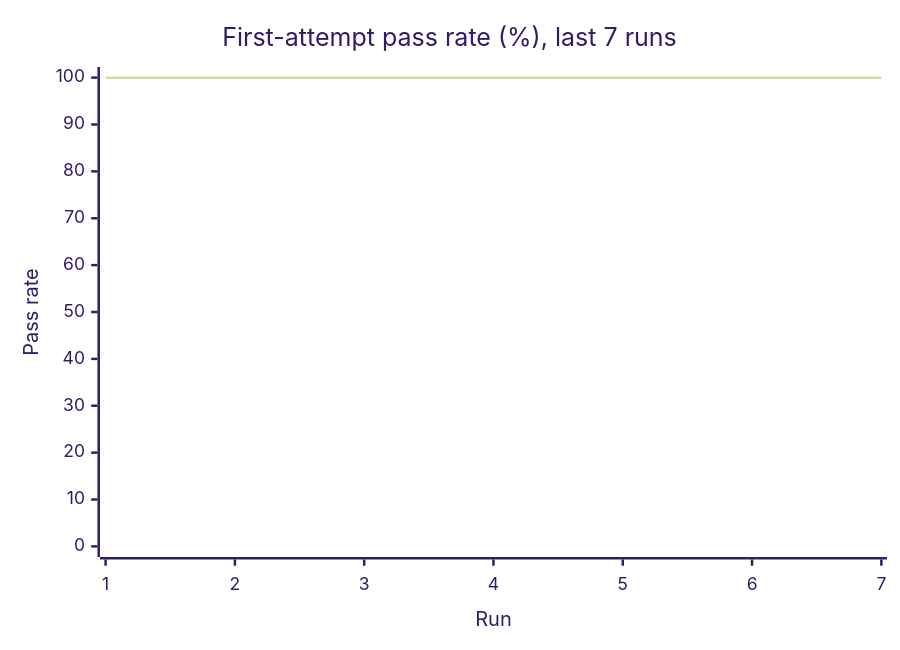
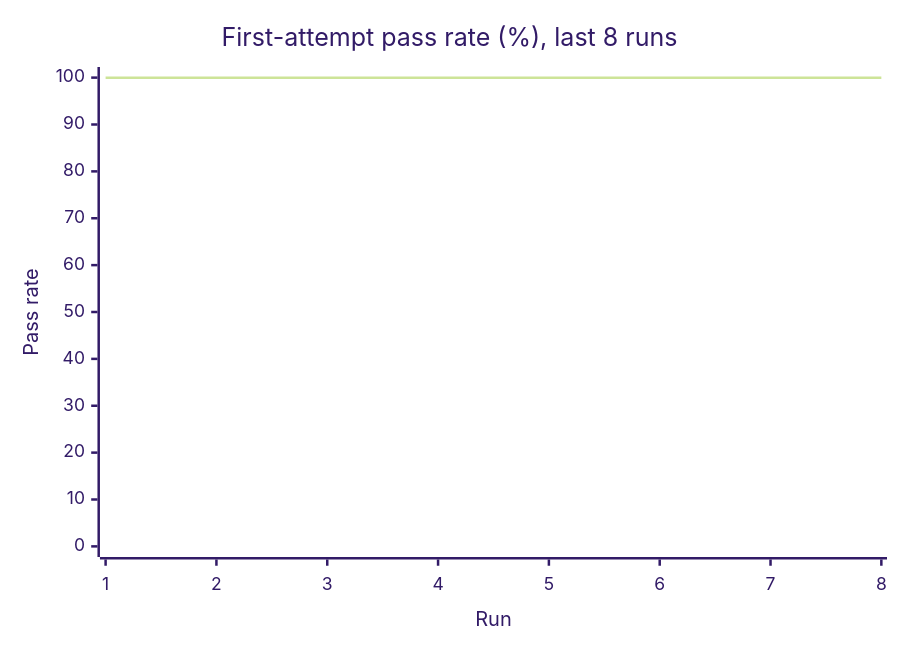
One commit to Shirojoufu/DORA-Metrics changed the first of 3 diagrams in reports/summary.md. Above: the diagram before and after it, drawn with Mermaid (forest theme). The commit also changed other lines of this file and 5 other files, not shown here.

````diff
--- a/reports/summary.md
+++ b/reports/summary.md
@@ -17,7 +17,7 @@
 ```mermaid
 xychart-beta
-    title "First-attempt pass rate (%), last 7 runs"
-    x-axis "Run" [1, 2, 3, 4, 5, 6, 7]
+    title "First-attempt pass rate (%), last 8 runs"
+    x-axis "Run" [1, 2, 3, 4, 5, 6, 7, 8]
     y-axis "Pass rate" 0 --> 100
-    line [100.0, 100.0, 100.0, 100.0, 100.0, 100.0, 100.0]
+    line [100.0, 100.0, 100.0, 100.0, 100.0, 100.0, 100.0, 100.0]
 ```
````
